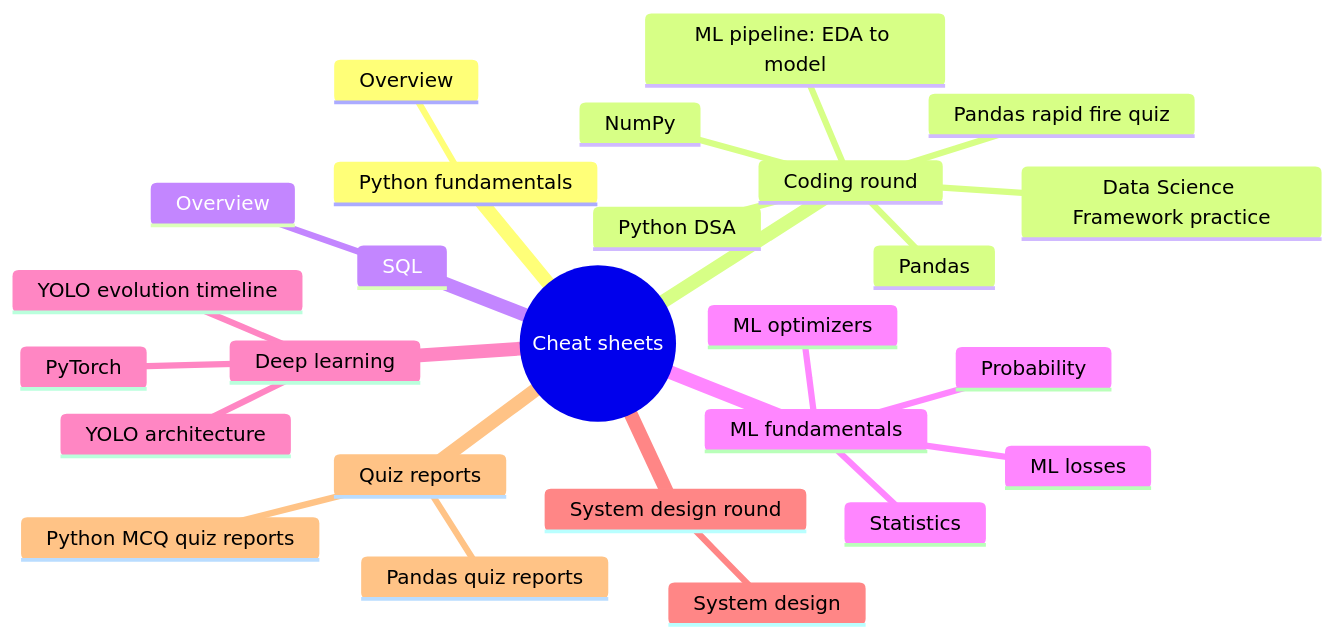
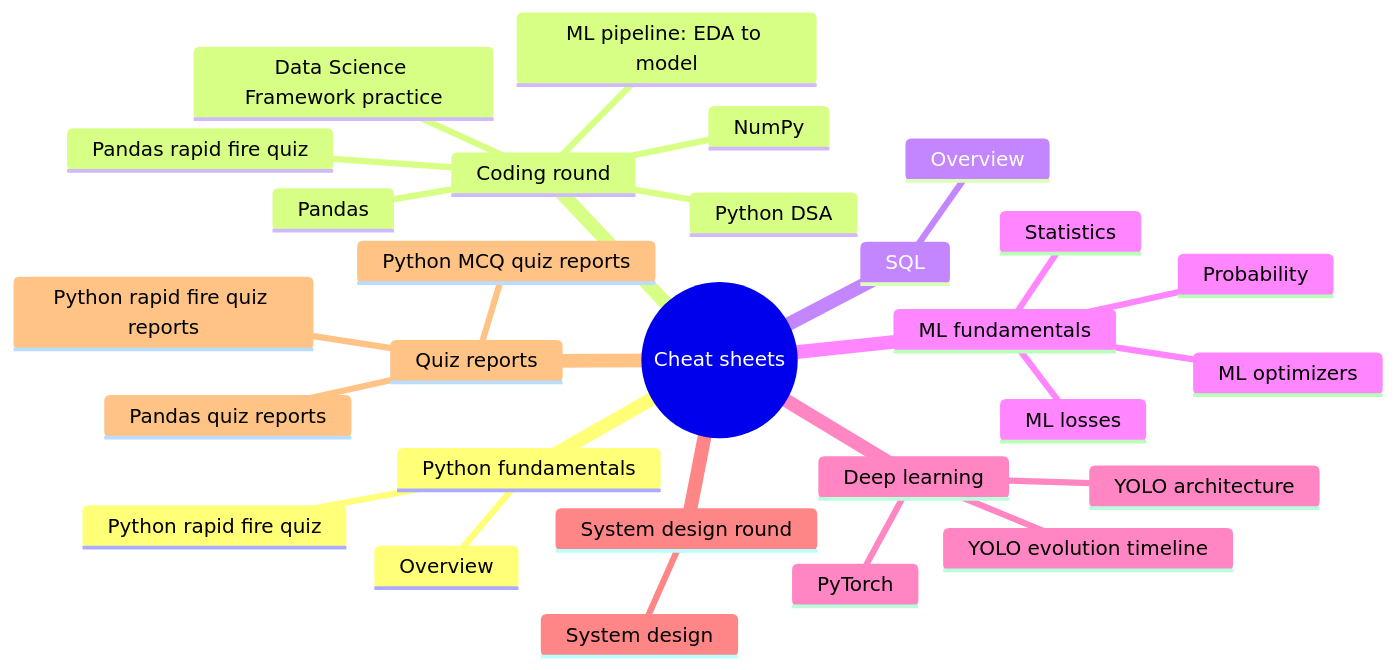
Before and after one commit to prateek-mehra/data-science-cheat-sheets: the diagram in README.md, drawn with Mermaid. The commit also changed other lines of this file and 8 other files, not shown here.

First line of the commit message:
Add Python Rapid Fire quiz with auto-saved reports (#17)

````diff
--- a/README.md
+++ b/README.md
@@ -18,29 +18,31 @@
 ```mermaid
 mindmap
   root((Cheat sheets))
     Python fundamentals
       Overview
+      Python rapid fire quiz
     Coding round
       Python DSA
       NumPy
       Pandas
       ML pipeline: EDA to model
       Pandas rapid fire quiz
       Data Science Framework practice
     SQL
       Overview
     ML fundamentals
       Probability
       Statistics
       ML optimizers
       ML losses
     Deep learning
       PyTorch
       YOLO architecture
       YOLO evolution timeline
     System design round
       System design
     Quiz reports
       Python MCQ quiz reports
+      Python rapid fire quiz reports
       Pandas quiz reports
 ```
````
